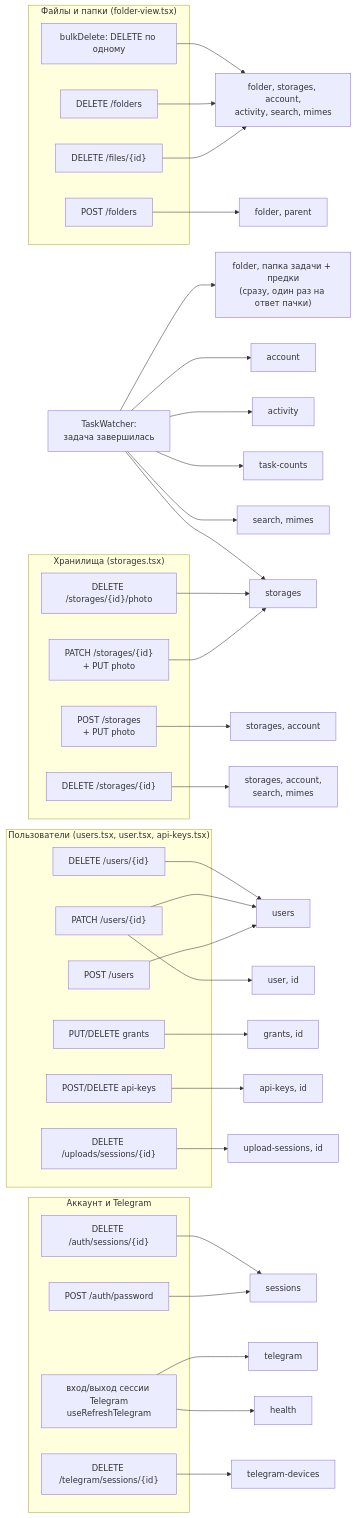
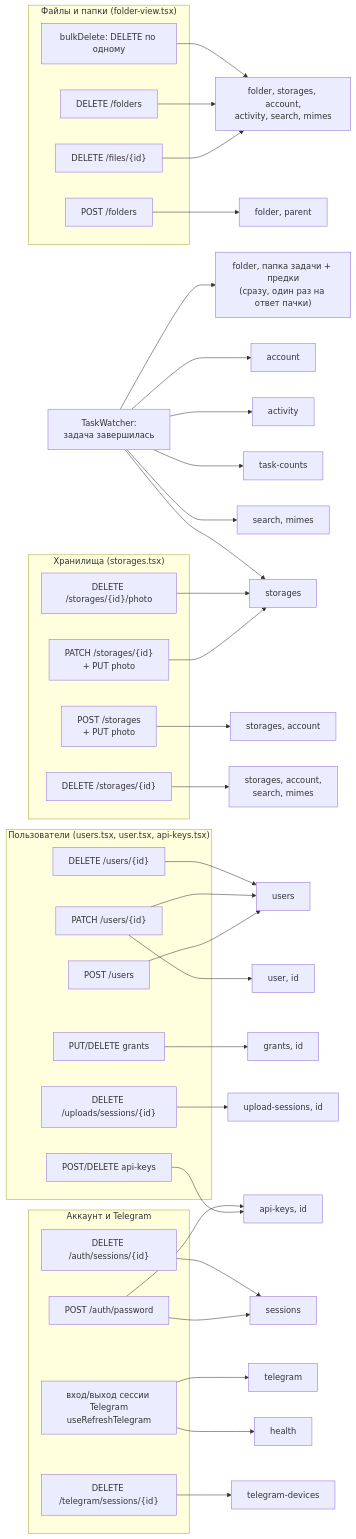
One commit to NikitkaZXC/tcloud-frontend changed the first of 5 diagrams in docs/data-flow.md. Above: the diagram before and after it, drawn with Mermaid. The commit also changed 7 other files, not shown here.

````diff
--- a/docs/data-flow.md
+++ b/docs/data-flow.md
@@ -39,55 +39,56 @@
 ```mermaid
 flowchart LR
     subgraph files["Файлы и папки (folder-view.tsx)"]
         delFile["DELETE /files/{id}"]
         delFolder["DELETE /folders"]
         bulk["bulkDelete: DELETE по одному"]
         mkdir["POST /folders"]
     end
     subgraph st["Хранилища (storages.tsx)"]
         stCreate["POST /storages<br/>+ PUT photo"]
         stSave["PATCH /storages/{id}<br/>+ PUT photo"]
         stPhoto["DELETE /storages/{id}/photo"]
         stDel["DELETE /storages/{id}"]
     end
     subgraph adm["Пользователи (users.tsx, user.tsx, api-keys.tsx)"]
         uCreate["POST /users"]
         uPatch["PATCH /users/{id}"]
         uDel["DELETE /users/{id}"]
         grant["PUT/DELETE grants"]
         key["POST/DELETE api-keys"]
         upSess["DELETE /uploads/sessions/{id}"]
     end
     subgraph acc["Аккаунт и Telegram"]
         pwd["POST /auth/password"]
         sess["DELETE /auth/sessions/{id}"]
         tgStep["вход/выход сессии Telegram<br/>useRefreshTelegram"]
         dev["DELETE /telegram/sessions/{id}"]
     end
     watcher["TaskWatcher:<br/>задача завершилась"]
 
     delFile & delFolder & bulk --> kDeleted["folder, storages, account,<br/>activity, search, mimes"]
     mkdir --> kFolderP["folder, parent"]
     stCreate --> kStorageAcc["storages, account"]
     stSave --> kStorages["storages"]
     stPhoto --> kStorages
     stDel --> kStorageDel["storages, account,<br/>search, mimes"]
     uCreate --> kUsers["users"]
     uPatch --> kUsers
     uPatch --> kUser["user, id"]
     uDel --> kUsers
     grant --> kGrants["grants, id"]
     key --> kKeys["api-keys, id"]
     upSess --> kUpSess["upload-sessions, id"]
     pwd --> kSessions["sessions"]
+    pwd --> kKeys
     sess --> kSessions
     tgStep --> kTelegram["telegram"]
     tgStep --> kHealth["health"]
     dev --> kDevices["telegram-devices"]
     watcher --> kFolderT["folder, папка задачи + предки<br/>(сразу, один раз на ответ пачки)"]
     watcher --> kStorages
     watcher --> kAccount["account"]
     watcher --> kActivity["activity"]
     watcher --> kCounts["task-counts"]
     watcher --> kSearch["search, mimes"]
 ```
````
